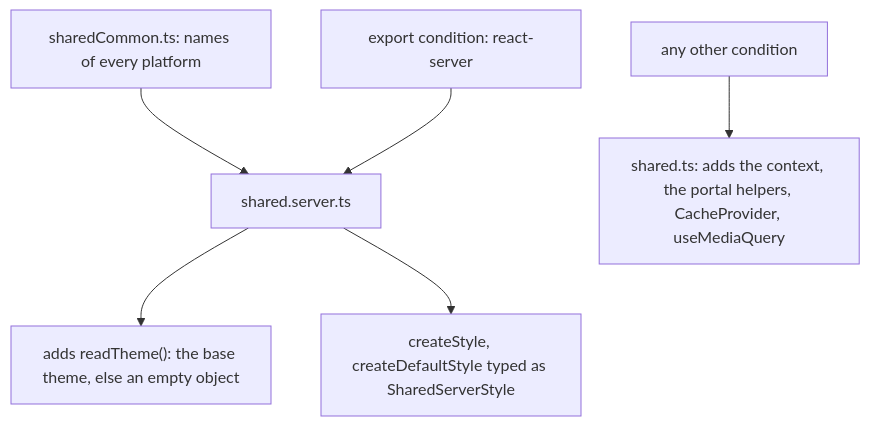
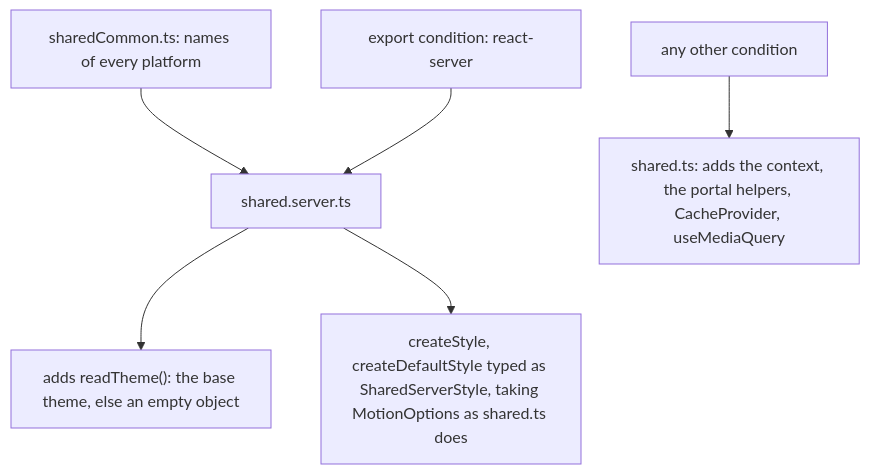
The diagram in packages/umber-style/src/shared.server.md (soroush-tech/umber-style), drawn with Mermaid before and after one commit. The commit also changed 93 other files, not shown here.

````diff
--- a/packages/umber-style/src/shared.server.md
+++ b/packages/umber-style/src/shared.server.md
@@ -20,8 +20,8 @@
 ```mermaid
 flowchart TD
   common["sharedCommon.ts: names of every platform"] --> server["shared.server.ts"]
   server --> readTheme["adds readTheme(): the base theme, else an empty object"]
-  server --> create["createStyle, createDefaultStyle typed as SharedServerStyle"]
+  server --> create["createStyle, createDefaultStyle typed as SharedServerStyle, taking MotionOptions as shared.ts does"]
   cond["export condition: react-server"] --> server
   cond2["any other condition"] --> shared["shared.ts: adds the context, the portal helpers, CacheProvider, useMediaQuery"]
 ```
````
